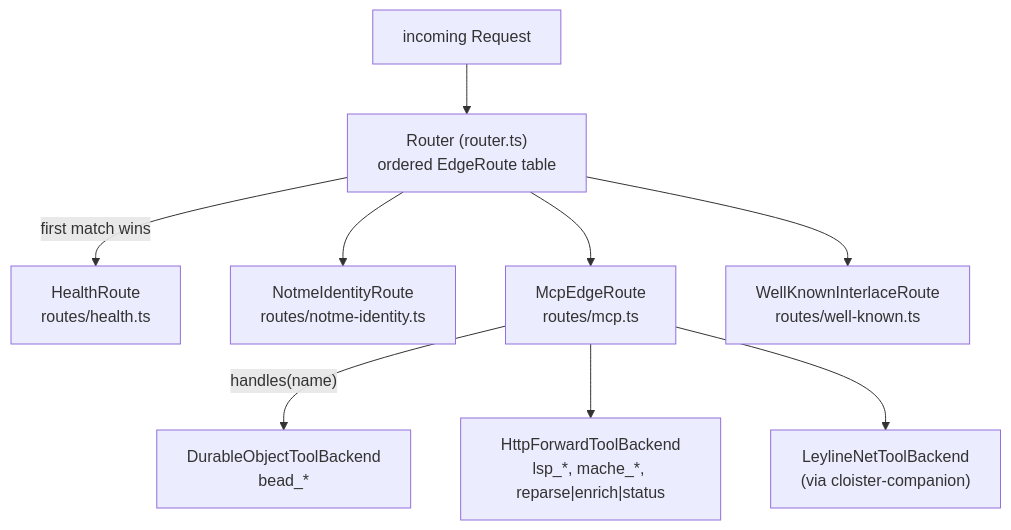
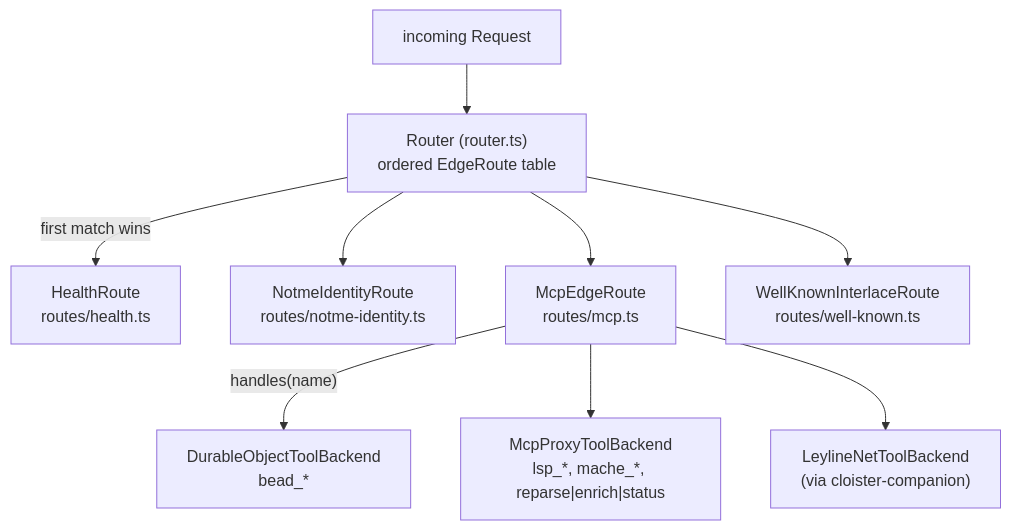
Before and after one commit to agentic-research/cloister: the diagram in src/README.md, drawn with Mermaid. The commit also changed other lines of this file and 24 other files, not shown here.

````diff
--- a/src/README.md
+++ b/src/README.md
@@ -50,22 +50,22 @@
 ```mermaid
 flowchart TB
     REQ["incoming Request"]
     R["Router (router.ts)<br/>ordered EdgeRoute table"]
     H["HealthRoute<br/>routes/health.ts"]
     I["NotmeIdentityRoute<br/>routes/notme-identity.ts"]
     M["McpEdgeRoute<br/>routes/mcp.ts"]
     W["WellKnownInterlaceRoute<br/>routes/well-known.ts"]
 
     B["DurableObjectToolBackend<br/>bead_*"]
-    L["HttpForwardToolBackend<br/>lsp_*, mache_*, reparse|enrich|status"]
+    L["McpProxyToolBackend<br/>lsp_*, mache_*, reparse|enrich|status"]
     LN["LeylineNetToolBackend<br/>(via cloister-companion)"]
 
     REQ --> R
     R -->|first match wins| H
     R --> I
     R --> M
     R --> W
     M -->|"handles(name)"| B
     M --> L
     M --> LN
 ```
````
